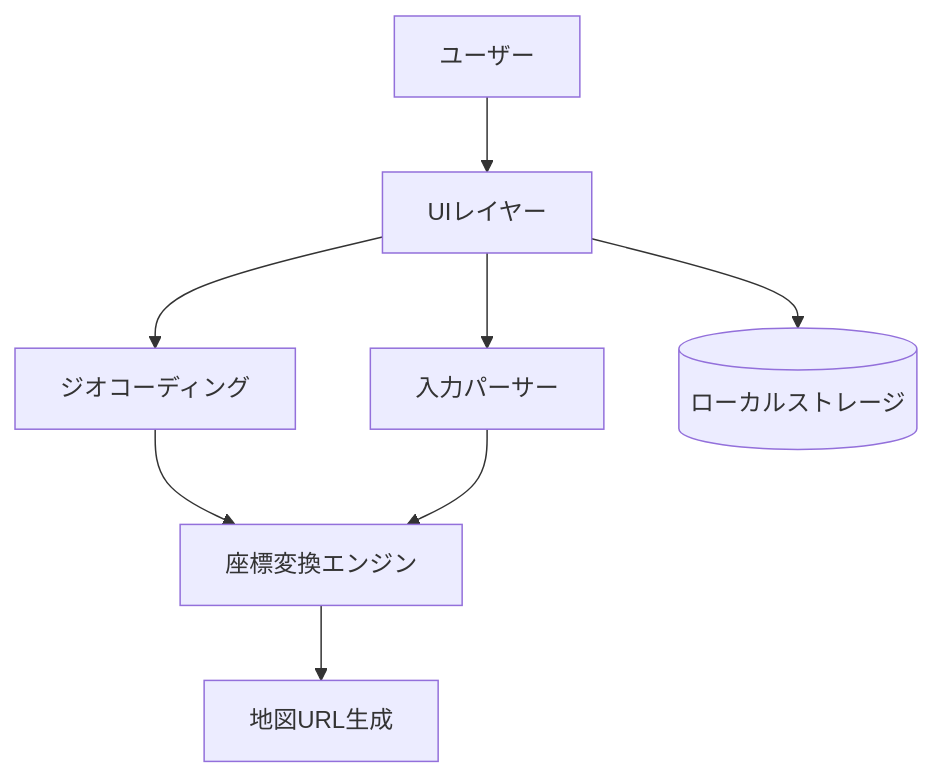
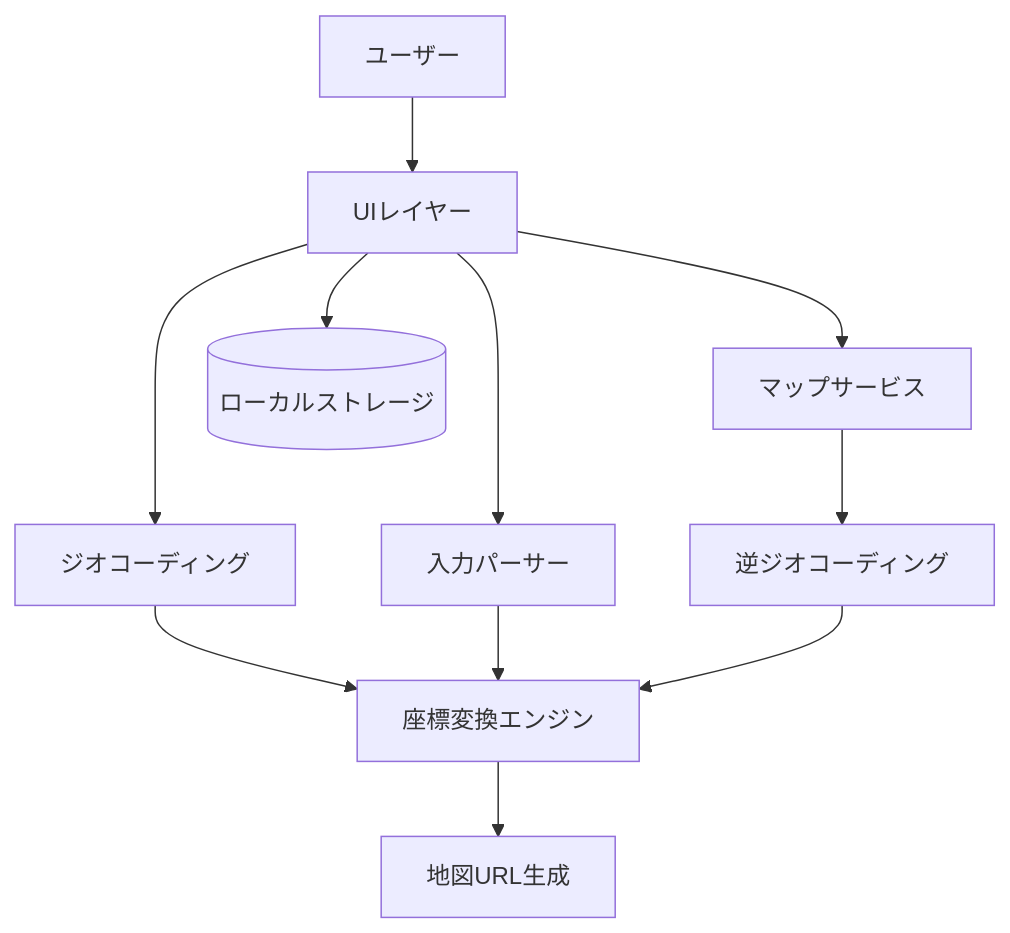
Before and after one commit to oyaakihisa/ichi-link: the first of 7 diagrams in docs/functional-design.md, drawn with Mermaid. The commit also changed other lines of this file and 17 other files, not shown here.

````diff
--- a/docs/functional-design.md
+++ b/docs/functional-design.md
@@ -5,18 +5,23 @@
 ```mermaid
 graph TB
     User[ユーザー]
     UI[UIレイヤー]
     InputParser[入力パーサー]
     GeocodingService[ジオコーディング]
+    ReverseGeocodingService[逆ジオコーディング]
     CoordinateConverter[座標変換エンジン]
     MapUrlGenerator[地図URL生成]
+    MapService[マップサービス]
     LocalStorage[(ローカルストレージ)]
 
     User --> UI
     UI --> InputParser
     UI --> GeocodingService
+    UI --> MapService
+    MapService --> ReverseGeocodingService
     GeocodingService --> CoordinateConverter
     InputParser --> CoordinateConverter
     CoordinateConverter --> MapUrlGenerator
+    ReverseGeocodingService --> CoordinateConverter
     UI --> LocalStorage
 ```
````
